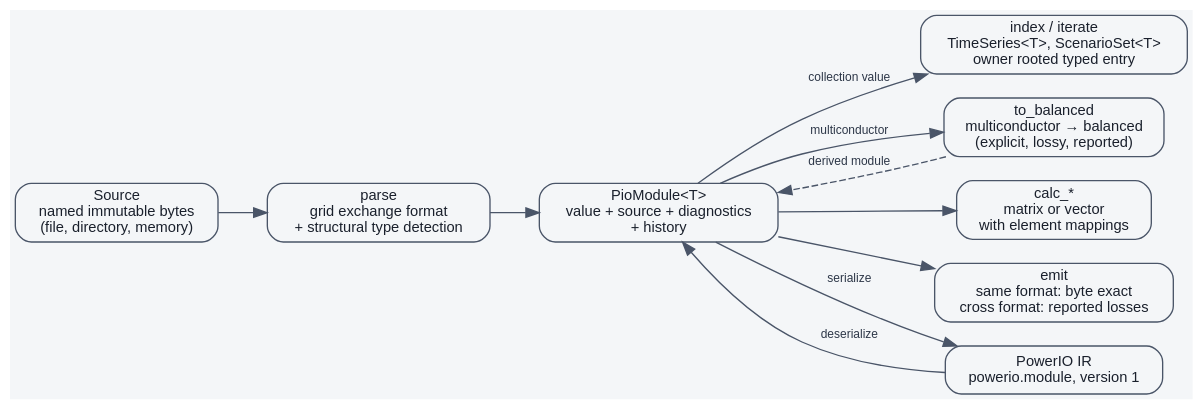
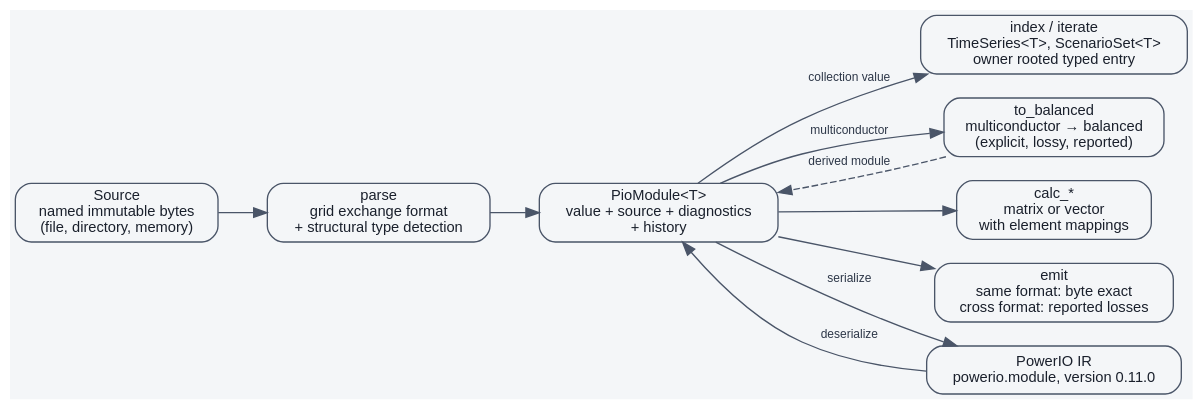
The diagram in docs/diagrams/dataflow.dot (eigenergy/powerio), drawn with Graphviz before and after one commit. The commit also changed 113 other files, not shown here.

```diff
--- a/docs/diagrams/dataflow.dot
+++ b/docs/diagrams/dataflow.dot
@@ -1,30 +1,30 @@
 // The parse-to-emit data flow: acquisition, parse, the typed module, explicit
 // transformations, calculations, emission, and PowerIO IR. Nodes are operations and data,
 // not crates, so the checker validates only its syntax and generation.
 digraph powerio_dataflow {
     rankdir = LR;
     bgcolor = "#f4f6f8";
     node [shape = box, style = "rounded,filled", fillcolor = "#f4f6f8",
           color = "#4a5568", fontname = "Helvetica", fontsize = 11,
           fontcolor = "#1a202c"];
     edge [color = "#4a5568", fontname = "Helvetica", fontsize = 9,
           fontcolor = "#2d3748"];
 
     source [label = "Source\nnamed immutable bytes\n(file, directory, memory)"];
     parse [label = "parse\ngrid exchange format\n+ structural type detection"];
     module [label = "PioModule<T>\nvalue + source + diagnostics\n+ history"];
     access [label = "index / iterate\nTimeSeries<T>, ScenarioSet<T>\nowner rooted typed entry"];
     transform [label = "to_balanced\nmulticonductor → balanced\n(explicit, lossy, reported)"];
     matrices [label = "calc_*\nmatrix or vector\nwith element mappings"];
     emit [label = "emit\nsame format: byte exact\ncross format: reported losses"];
-    stored [label = "PowerIO IR\npowerio.module, version 1"];
+    stored [label = "PowerIO IR\npowerio.module, version 0.11.0"];
 
     source -> parse -> module;
     module -> access [label = "collection value"];
     module -> transform [label = "multiconductor"];
     transform -> module [style = dashed, label = "derived module"];
     module -> matrices;
     module -> emit;
     module -> stored [label = "serialize"];
     stored -> module [label = "deserialize"];
 }
```
